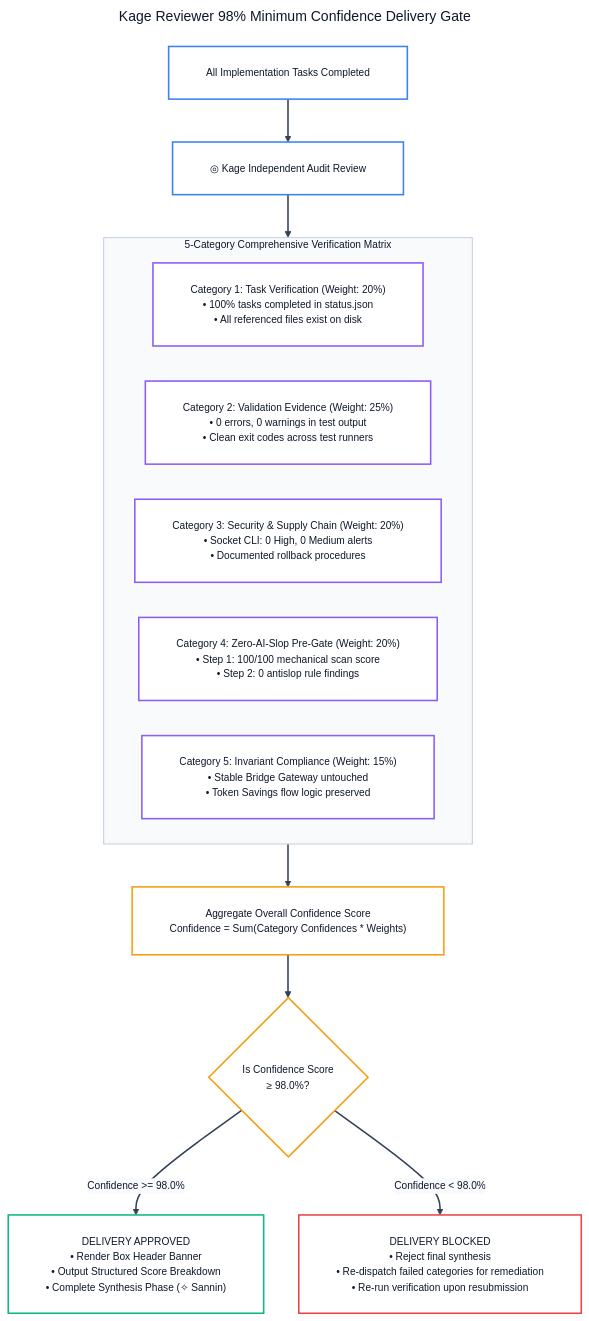
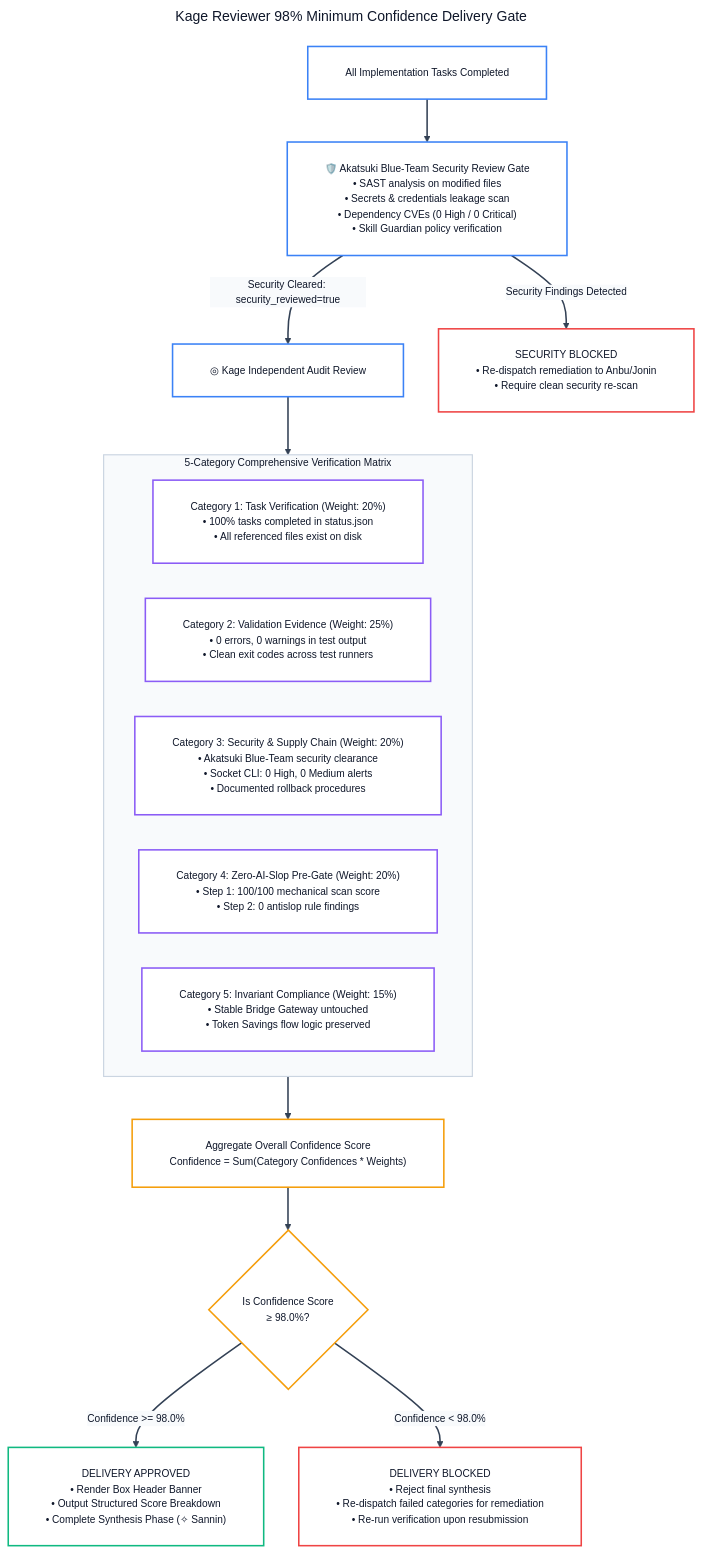
Before and after one commit to andycungkrinx91/konoha: diagram 11 of 15 in docs/ALL-WORKFLOW-DIAGRAMS.md, drawn with Mermaid. The commit also changed other lines of this file and 103 other files, not shown here.

Commit message:
feat(security,workflows): sync 2.2.7 multi-client, akatsuki blue/red workflows & universal polyglot diagrams

````diff
--- a/docs/ALL-WORKFLOW-DIAGRAMS.md
+++ b/docs/ALL-WORKFLOW-DIAGRAMS.md
@@ -681,59 +690,62 @@
 ```mermaid
 ---
 title: Kage Reviewer 98% Minimum Confidence Delivery Gate
 config:
   theme: base
   themeVariables:
     darkMode: false
     background: '#ffffff'
     mainBkg: '#ffffff'
     primaryColor: '#ffffff'
     primaryTextColor: '#0f172a'
     primaryBorderColor: '#f59e0b'
     lineColor: '#334155'
     arrowheadColor: '#334155'
     secondaryColor: '#f8fafc'
     tertiaryColor: '#ffffff'
     fontFamily: 'Inter, system-ui, -apple-system, sans-serif'
     fontSize: '13px'
   flowchart:
     nodeSpacing: 45
     rankSpacing: 55
     padding: 24
     wrappingWidth: 380
 ---
 flowchart TD
-    TasksDone["All Implementation Tasks Completed"] --> KageAudit["◎ Kage Independent Audit Review"]
+    TasksDone["All Implementation Tasks Completed"] --> AkatsukiGate["🛡️ Akatsuki Blue-Team Security Review Gate<br/>• SAST analysis on modified files<br/>• Secrets &amp; credentials leakage scan<br/>• Dependency CVEs (0 High / 0 Critical)<br/>• Skill Guardian policy verification"]
+    
+    AkatsukiGate -->|Security Cleared: security_reviewed=true| KageAudit["◎ Kage Independent Audit Review"]
+    AkatsukiGate -->|Security Findings Detected| BlockedSec["SECURITY BLOCKED<br/>• Re-dispatch remediation to Anbu/Jonin<br/>• Require clean security re-scan"]
 
     subgraph CriteriaMatrix ["5-Category Comprehensive Verification Matrix"]
         C1["Category 1: Task Verification (Weight: 20%)<br/>• 100% tasks completed in status.json<br/>• All referenced files exist on disk"]
         C2["Category 2: Validation Evidence (Weight: 25%)<br/>• 0 errors, 0 warnings in test output<br/>• Clean exit codes across test runners"]
-        C3["Category 3: Security &amp; Supply Chain (Weight: 20%)<br/>• Socket CLI: 0 High, 0 Medium alerts<br/>• Documented rollback procedures"]
+        C3["Category 3: Security &amp; Supply Chain (Weight: 20%)<br/>• Akatsuki Blue-Team security clearance<br/>• Socket CLI: 0 High, 0 Medium alerts<br/>• Documented rollback procedures"]
         C4["Category 4: Zero-AI-Slop Pre-Gate (Weight: 20%)<br/>• Step 1: 100/100 mechanical scan score<br/>• Step 2: 0 antislop rule findings"]
         C5["Category 5: Invariant Compliance (Weight: 15%)<br/>• Stable Bridge Gateway untouched<br/>• Token Savings flow logic preserved"]
     end
 
     KageAudit --> CriteriaMatrix
     CriteriaMatrix --> Aggregate["Aggregate Overall Confidence Score<br/>Confidence = Sum(Category Confidences * Weights)"]
 
     Aggregate --> ConfidenceThreshold{"Is Confidence Score<br/>≥ 98.0%?"}
 
     ConfidenceThreshold -- "Confidence >= 98.0%" --> Approved["DELIVERY APPROVED<br/>• Render Box Header Banner<br/>• Output Structured Score Breakdown<br/>• Complete Synthesis Phase (✧ Sannin)"]
 
     ConfidenceThreshold -- "Confidence < 98.0%" --> Blocked["DELIVERY BLOCKED<br/>• Reject final synthesis<br/>• Re-dispatch failed categories for remediation<br/>• Re-run verification upon resubmission"]
 
     linkStyle default stroke:#334155,stroke-width:2px;
     style CriteriaMatrix fill:#f8fafc,stroke:#cbd5e1,stroke-width:1.5px,color:#0f172a;
 
     classDef auditNode fill:#ffffff,stroke:#3b82f6,color:#0f172a,stroke-width:2px;
     classDef criteriaNode fill:#ffffff,stroke:#8b5cf6,color:#0f172a,stroke-width:2px;
     classDef evalNode fill:#ffffff,stroke:#f59e0b,color:#0f172a,stroke-width:2px;
     classDef passNode fill:#ffffff,stroke:#10b981,color:#0f172a,stroke-width:2px;
     classDef blockNode fill:#ffffff,stroke:#ef4444,color:#0f172a,stroke-width:2px;
 
-    class TasksDone,KageAudit auditNode;
+    class TasksDone,KageAudit,AkatsukiGate auditNode;
     class C1,C2,C3,C4,C5 criteriaNode;
     class Aggregate,ConfidenceThreshold evalNode;
     class Approved passNode;
-    class Blocked blockNode;
+    class Blocked,BlockedSec blockNode;
 ```
````
